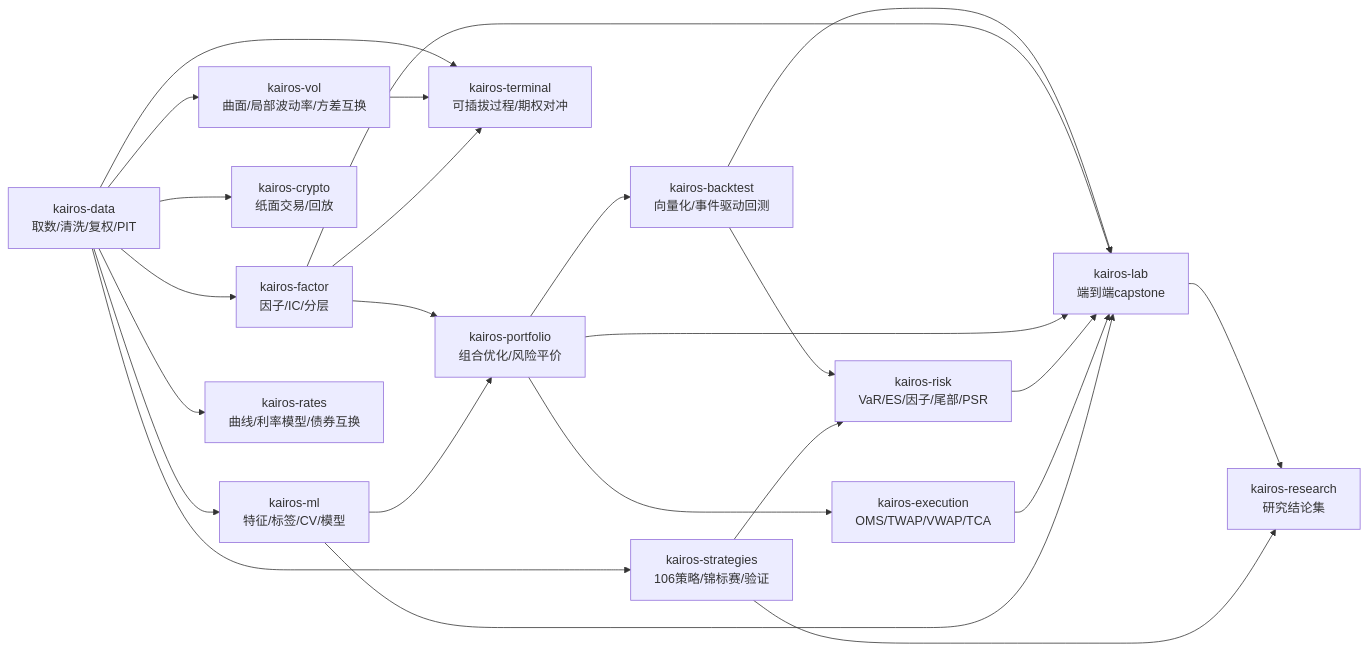
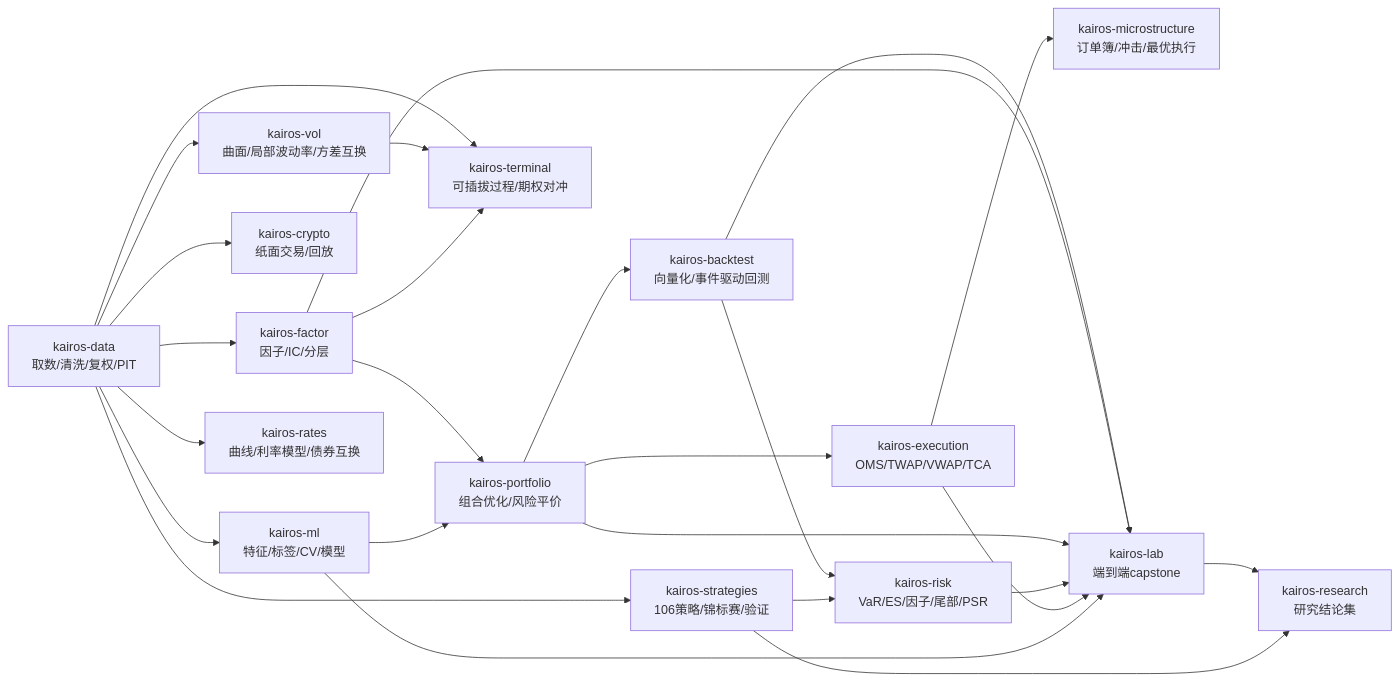
Before and after one commit to Bruce848647703/kairos: the diagram in README.md, drawn with Mermaid. The commit also changed other lines of this file, not shown here.

Commit message:
docs: 收录 kairos-microstructure（15 个项目 / 1920 测试 / 10 层）

````diff
--- a/README.md
+++ b/README.md
@@ -81,26 +88,27 @@
 ```mermaid
 flowchart LR
   D[kairos-data<br/>取数/清洗/复权/PIT] --> F[kairos-factor<br/>因子/IC/分层]
   D --> M[kairos-ml<br/>特征/标签/CV/模型]
   F --> P[kairos-portfolio<br/>组合优化/风险平价]
   M --> P
   P --> B[kairos-backtest<br/>向量化/事件驱动回测]
   D --> S[kairos-strategies<br/>106策略/锦标赛/验证]
   B --> R[kairos-risk<br/>VaR/ES/因子/尾部/PSR]
   S --> R
   P --> E[kairos-execution<br/>OMS/TWAP/VWAP/TCA]
+  E --> MS[kairos-microstructure<br/>订单簿/冲击/最优执行]
   D --> C[kairos-crypto<br/>纸面交易/回放]
   D --> V[kairos-vol<br/>曲面/局部波动率/方差互换]
   D --> Y[kairos-rates<br/>曲线/利率模型/债券互换]
   D --> T[kairos-terminal<br/>可插拔过程/期权对冲]
   V --> T
   F --> T
   B --> L[kairos-lab<br/>端到端capstone]
   F --> L
   P --> L
   R --> L
   E --> L
   M --> L
   L --> RS[kairos-research<br/>研究结论集]
   S --> RS
 ```
````
